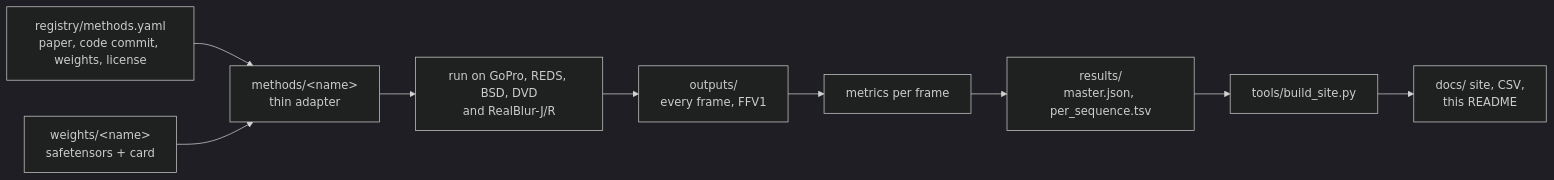
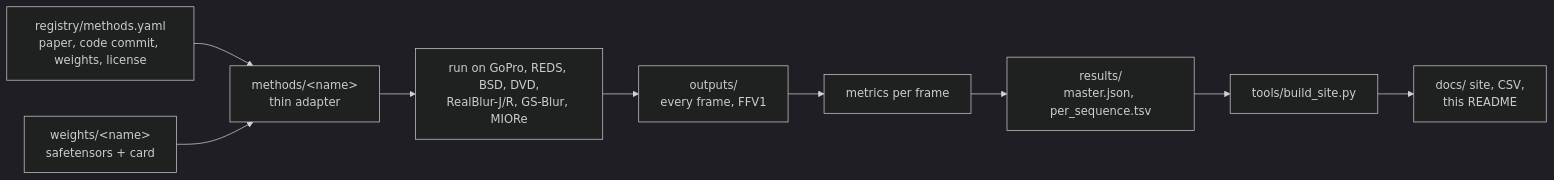
One commit to illaitar/deblurring-is-solved changed the diagram in README.md. Above: the diagram before and after it, drawn with Mermaid (dark theme). The commit also changed other lines of this file and 122 other files, not shown here.

First line of the commit message:
GS-Blur and MIORe test sets, pyiqa metrics on RealBlur

````diff
--- a/README.md
+++ b/README.md
@@ -867,11 +1093,11 @@
 ```mermaid
 flowchart LR
   R["registry/methods.yaml<br>paper, code commit, weights, license"] --> A["methods/&lt;name&gt;<br>thin adapter"]
   W["weights/&lt;name&gt;<br>safetensors + card"] --> A
-  A --> X["run on GoPro, REDS, BSD, DVD<br>and RealBlur-J/R"]
+  A --> X["run on GoPro, REDS, BSD, DVD,<br>RealBlur-J/R, GS-Blur, MIORe"]
   X --> O["outputs/<br>every frame, FFV1"]
   O --> M["metrics per frame"]
   M --> T["results/<br>master.json, per_sequence.tsv"]
   T --> S["tools/build_site.py"]
   S --> P["docs/ site, CSV,<br>this README"]
 ```
````
